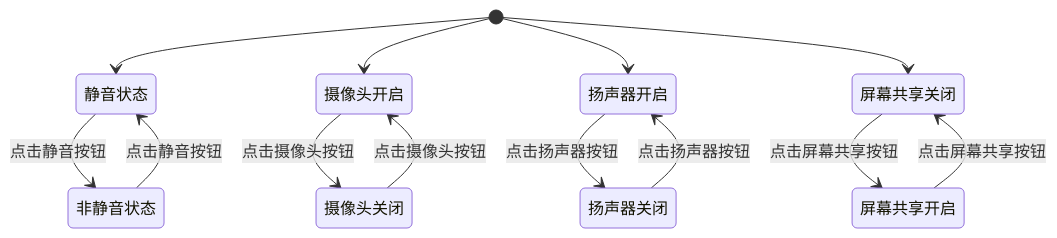
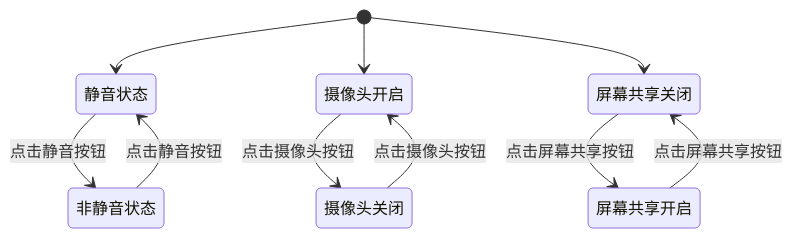
One commit to Easemob-Community/easemob-uikit-callkit-vue3 changed the sixth of 8 diagrams in .qoder/repowiki/zh/content/API 参考/组件 API/单人通话组件 API.md. Above: the diagram before and after it, drawn with Mermaid. The commit also changed other lines of this file and 54 other files, not shown here.

````diff
--- a/.qoder/repowiki/zh/content/API 参考/组件 API/单人通话组件 API.md
+++ b/.qoder/repowiki/zh/content/API 参考/组件 API/单人通话组件 API.md
@@ -291,15 +307,12 @@
 ```mermaid
 stateDiagram-v2
 [*] --> 静音状态
 静音状态 --> 非静音状态 : 点击静音按钮
 非静音状态 --> 静音状态 : 点击静音按钮
 [*] --> 摄像头开启
 摄像头开启 --> 摄像头关闭 : 点击摄像头按钮
 摄像头关闭 --> 摄像头开启 : 点击摄像头按钮
-[*] --> 扬声器开启
-扬声器开启 --> 扬声器关闭 : 点击扬声器按钮
-扬声器关闭 --> 扬声器开启 : 点击扬声器按钮
 [*] --> 屏幕共享关闭
 屏幕共享关闭 --> 屏幕共享开启 : 点击屏幕共享按钮
 屏幕共享开启 --> 屏幕共享关闭 : 点击屏幕共享按钮
 ```
````
